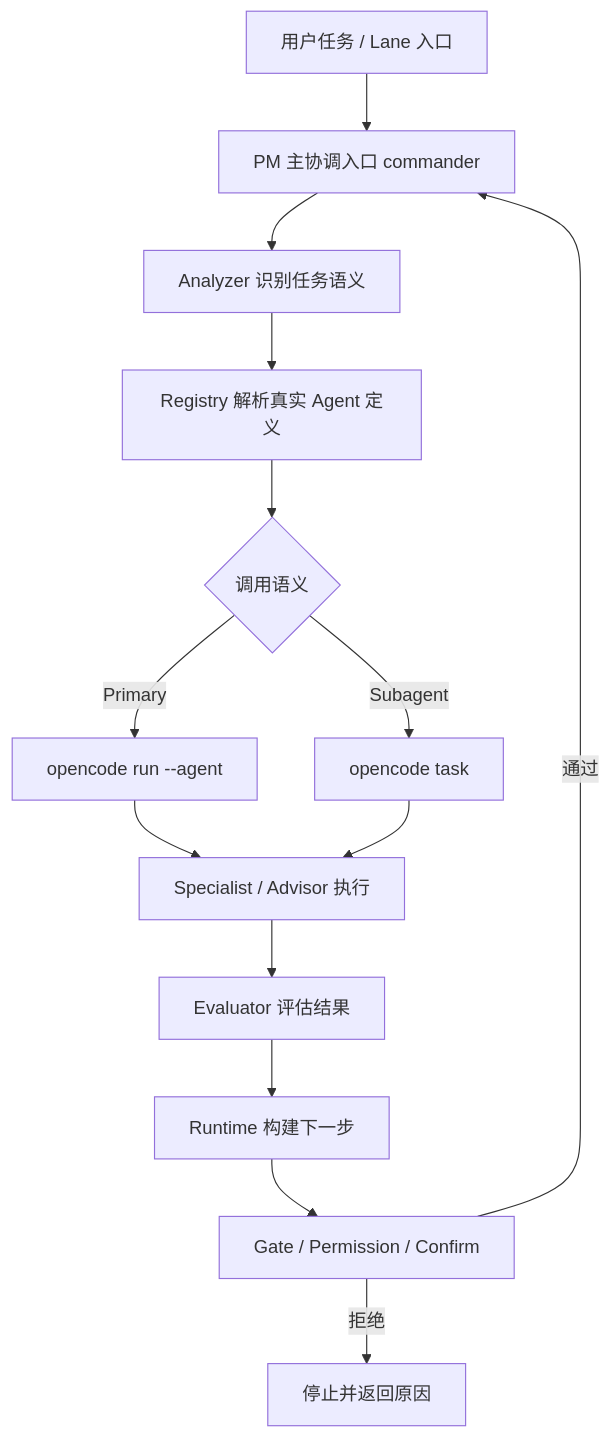
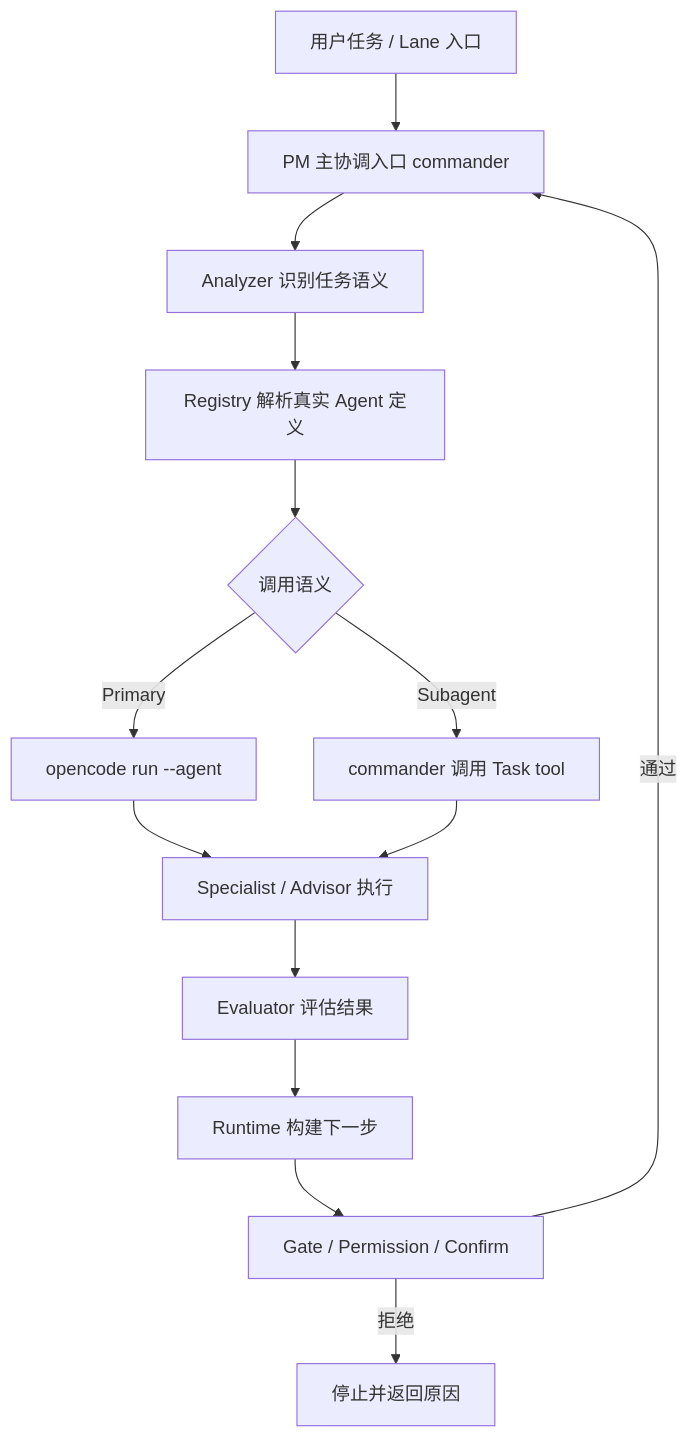
The first of 4 diagrams in docs/01-技术架构.md (walke2019/opencode-pm-workflow), drawn with Mermaid before and after one commit. The commit also changed other lines of this file and 48 other files, not shown here.

````diff
--- a/docs/01-技术架构.md
+++ b/docs/01-技术架构.md
@@ -77,16 +77,16 @@
 ```mermaid
 flowchart TD
     A[用户任务 / Lane 入口] --> B[PM 主协调入口 commander]
     B --> C[Analyzer 识别任务语义]
     C --> D[Registry 解析真实 Agent 定义]
     D --> E{调用语义}
     E -->|Primary| F[opencode run --agent]
-    E -->|Subagent| G[opencode task]
+    E -->|Subagent| G[commander 调用 Task tool]
     F --> H[Specialist / Advisor 执行]
     G --> H
     H --> I[Evaluator 评估结果]
     I --> J[Runtime 构建下一步]
     J --> K[Gate / Permission / Confirm]
     K -->|通过| B
     K -->|拒绝| L[停止并返回原因]
 ```
````
